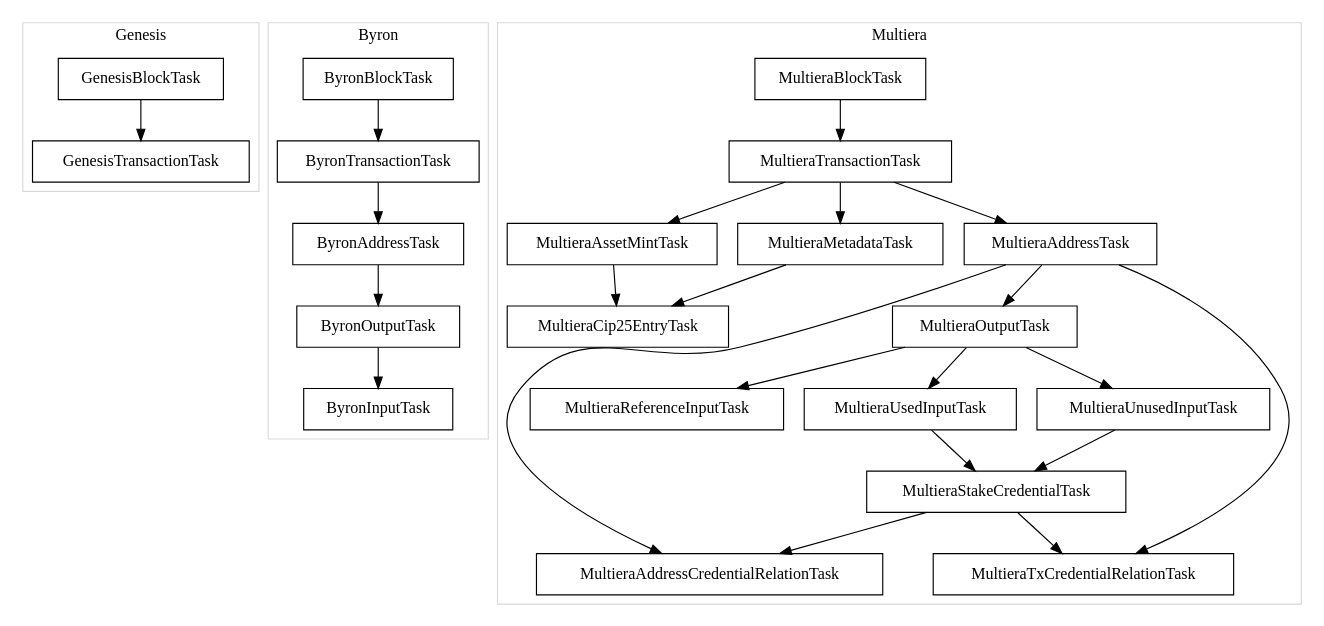
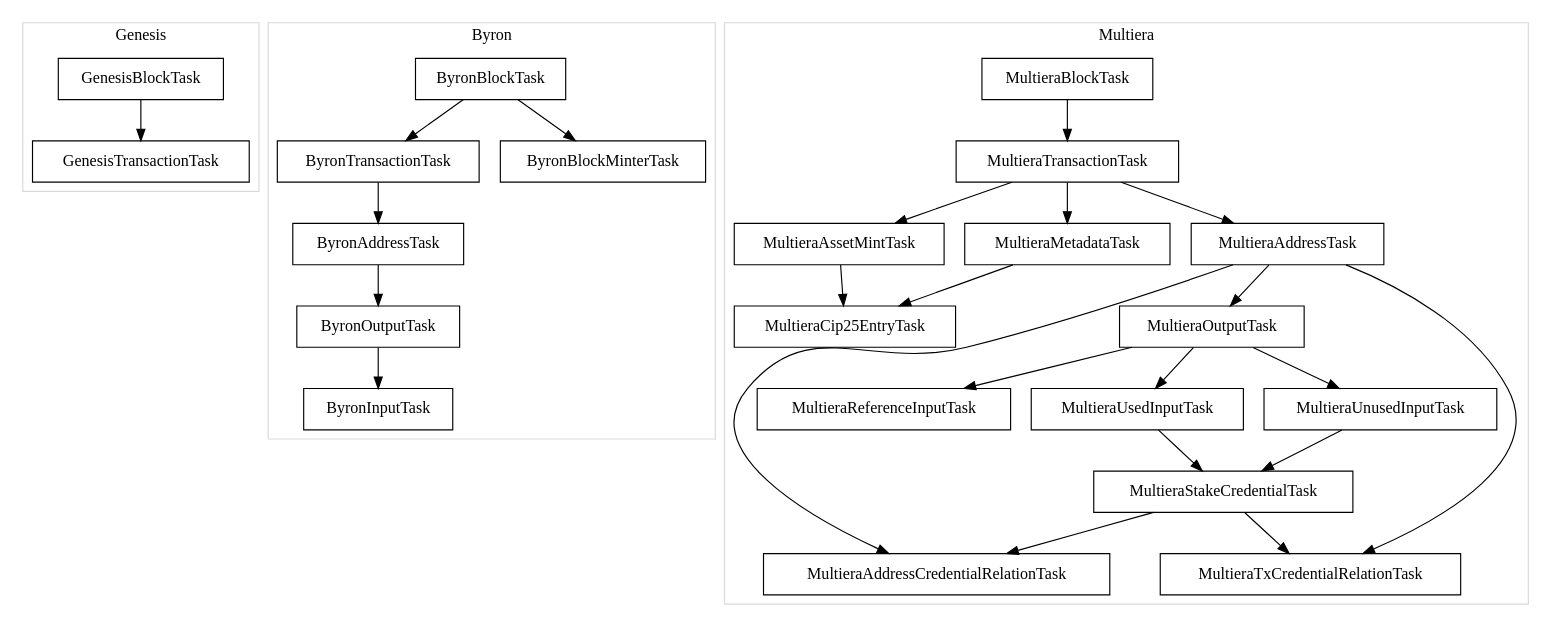
One commit to dcSpark/carp changed the diagram in docs/bin/default.dot. Above: the diagram before and after it, drawn with Graphviz. The commit also changed 25 other files, not shown here.

Commit message:
Block minter indexing

```diff
--- a/docs/bin/default.dot
+++ b/docs/bin/default.dot
@@ -1,84 +1,87 @@
 digraph default {
 subgraph cluster_Genesis {
 label="Genesis";
 color="grey85";
 
 N0;
 N1;
 
 }
 
 subgraph cluster_Byron {
 label="Byron";
 color="grey85";
 
 N2;
 N3;
 N4;
 N5;
 N6;
+N7;
 
 }
 
 subgraph cluster_Multiera {
 label="Multiera";
 color="grey85";
 
-N7;
 N8;
 N9;
 N10;
 N11;
 N12;
 N13;
 N14;
 N15;
 N16;
 N17;
 N18;
 N19;
+N20;
 
 }
 
     N0[label="GenesisBlockTask"][shape="box"];
     N1[label="GenesisTransactionTask"][shape="box"];
     N2[label="ByronBlockTask"][shape="box"];
     N3[label="ByronTransactionTask"][shape="box"];
     N4[label="ByronAddressTask"][shape="box"];
     N5[label="ByronOutputTask"][shape="box"];
     N6[label="ByronInputTask"][shape="box"];
-    N7[label="MultieraBlockTask"][shape="box"];
-    N8[label="MultieraTransactionTask"][shape="box"];
-    N9[label="MultieraMetadataTask"][shape="box"];
-    N10[label="MultieraAddressTask"][shape="box"];
-    N11[label="MultieraOutputTask"][shape="box"];
-    N12[label="MultieraReferenceInputTask"][shape="box"];
-    N13[label="MultieraUsedInputTask"][shape="box"];
-    N14[label="MultieraUnusedInputTask"][shape="box"];
-    N15[label="MultieraStakeCredentialTask"][shape="box"];
-    N16[label="MultieraAddressCredentialRelationTask"][shape="box"];
-    N17[label="MultieraTxCredentialRelationTask"][shape="box"];
-    N18[label="MultieraAssetMintTask"][shape="box"];
-    N19[label="MultieraCip25EntryTask"][shape="box"];
+    N7[label="ByronBlockMinterTask"][shape="box"];
+    N8[label="MultieraBlockTask"][shape="box"];
+    N9[label="MultieraTransactionTask"][shape="box"];
+    N10[label="MultieraMetadataTask"][shape="box"];
+    N11[label="MultieraAddressTask"][shape="box"];
+    N12[label="MultieraOutputTask"][shape="box"];
+    N13[label="MultieraReferenceInputTask"][shape="box"];
+    N14[label="MultieraUsedInputTask"][shape="box"];
+    N15[label="MultieraUnusedInputTask"][shape="box"];
+    N16[label="MultieraStakeCredentialTask"][shape="box"];
+    N17[label="MultieraAddressCredentialRelationTask"][shape="box"];
+    N18[label="MultieraTxCredentialRelationTask"][shape="box"];
+    N19[label="MultieraAssetMintTask"][shape="box"];
+    N20[label="MultieraCip25EntryTask"][shape="box"];
     N0 -> N1[label=""];
     N2 -> N3[label=""];
     N3 -> N4[label=""];
     N4 -> N5[label=""];
     N5 -> N6[label=""];
-    N7 -> N8[label=""];
+    N2 -> N7[label=""];
     N8 -> N9[label=""];
-    N8 -> N10[label=""];
-    N10 -> N11[label=""];
+    N9 -> N10[label=""];
+    N9 -> N11[label=""];
     N11 -> N12[label=""];
-    N11 -> N13[label=""];
-    N11 -> N14[label=""];
-    N13 -> N15[label=""];
-    N14 -> N15[label=""];
-    N10 -> N16[label=""];
+    N12 -> N13[label=""];
+    N12 -> N14[label=""];
+    N12 -> N15[label=""];
+    N14 -> N16[label=""];
     N15 -> N16[label=""];
-    N10 -> N17[label=""];
-    N15 -> N17[label=""];
-    N8 -> N18[label=""];
+    N11 -> N17[label=""];
+    N16 -> N17[label=""];
+    N11 -> N18[label=""];
+    N16 -> N18[label=""];
     N9 -> N19[label=""];
-    N18 -> N19[label=""];
+    N10 -> N20[label=""];
+    N19 -> N20[label=""];
 }
```
